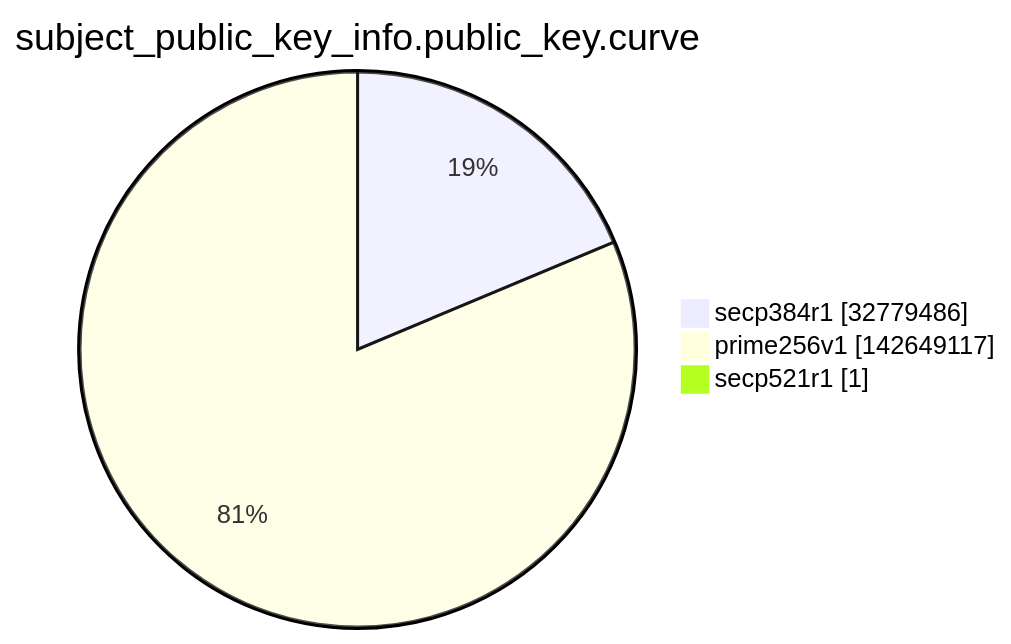
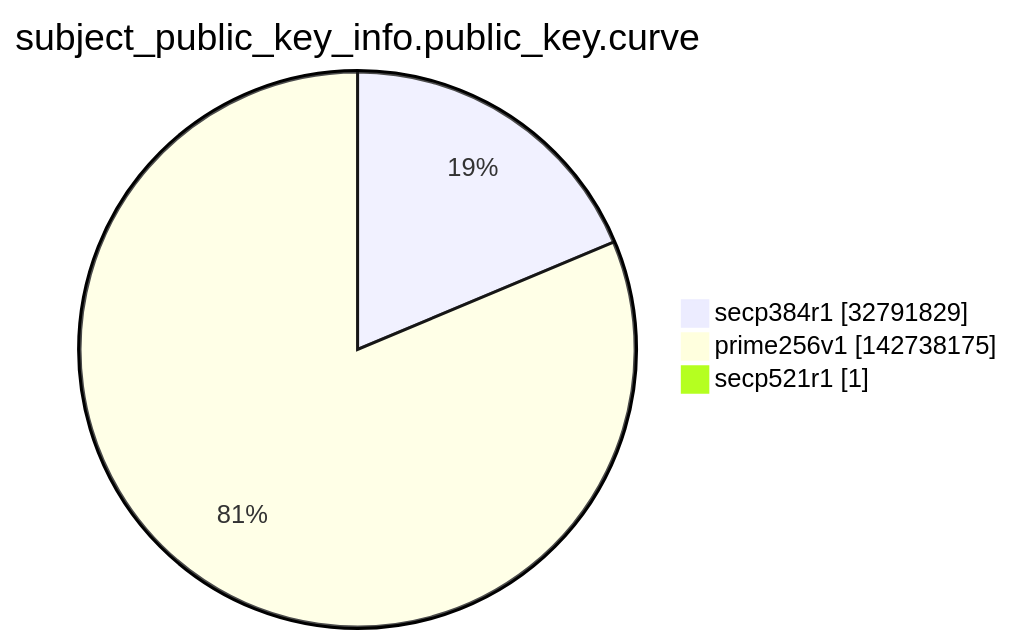
Before and after one commit to christiankrug/ctmonitor_visualization: the ninth of 15 diagrams in argon2022/README.md, drawn with Mermaid. The commit also changed other lines of this file, not shown here.

````diff
--- a/argon2022/README.md
+++ b/argon2022/README.md
@@ -2764,7 +2764,7 @@
 ```mermaid
 pie showData
 title subject_public_key_info.public_key.curve
-"secp384r1" :32779486
-"prime256v1" :142649117
+"secp384r1" :32791829
+"prime256v1" :142738175
 "secp521r1" :1
 ```
````
